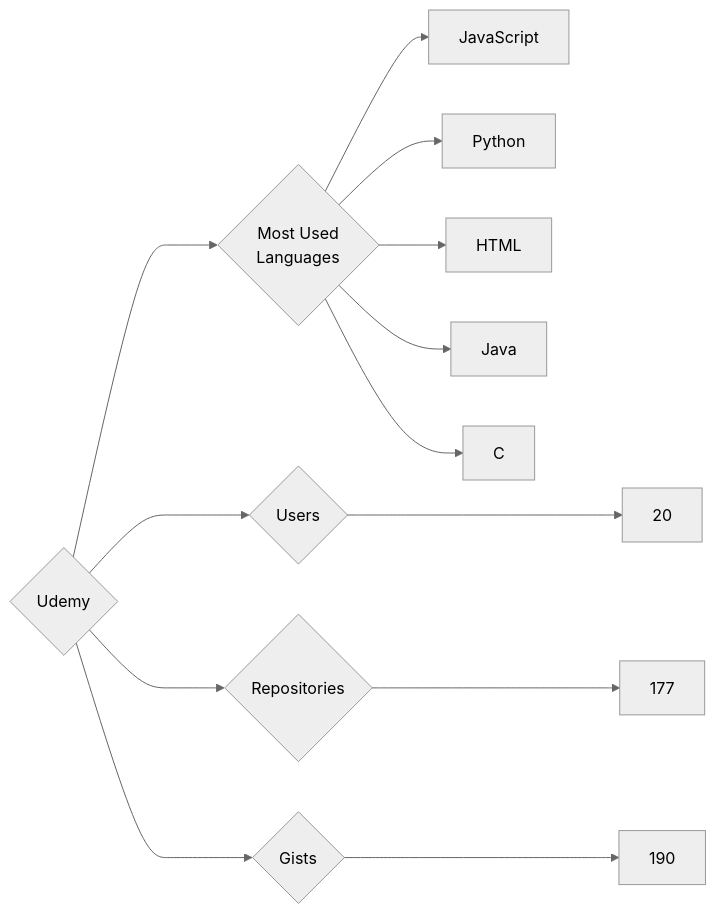
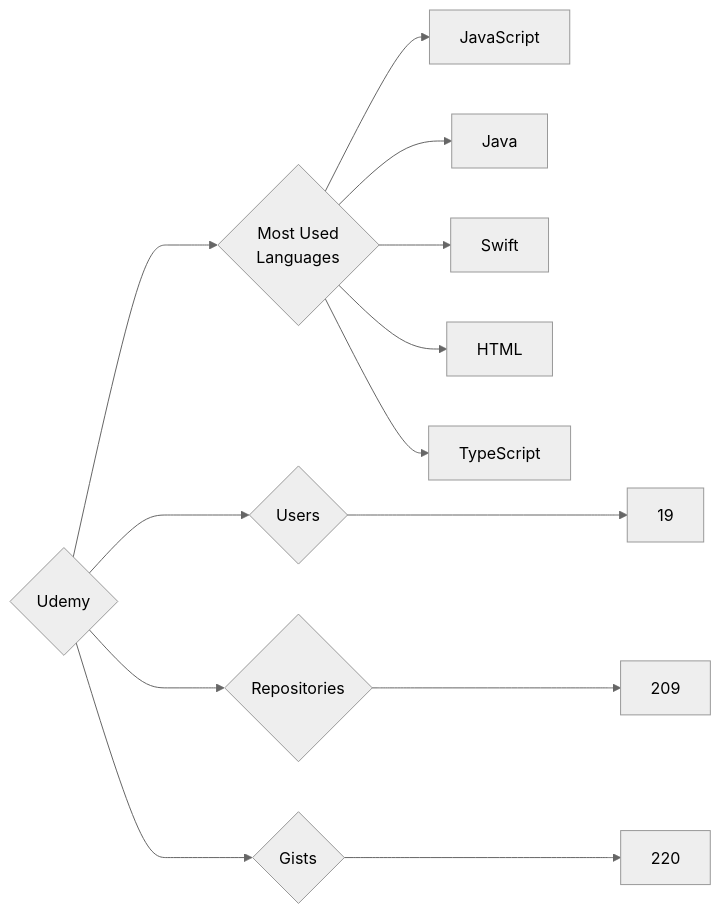
The diagram in targets/Udemy/README.md (trickest/insiders), drawn with Mermaid (neutral theme) before and after one commit. The commit also changed 815 other files, not shown here.

````diff
--- a/targets/Udemy/README.md
+++ b/targets/Udemy/README.md
@@ -3,13 +3,13 @@
 ```mermaid
 graph LR
 COMPANY_NAME{Udemy}
-COMPANY_NAME ---> U{Users} ---> UN[20]
-COMPANY_NAME ---> R{Repositories} ---> RN[177]
-COMPANY_NAME ---> G{Gists} ---> GN[190]
+COMPANY_NAME ---> U{Users} ---> UN[19]
+COMPANY_NAME ---> R{Repositories} ---> RN[209]
+COMPANY_NAME ---> G{Gists} ---> GN[220]
 COMPANY_NAME ---> ML{Most Used<br>Languages}
 ML --> JavaScript[JavaScript]
-ML --> Python[Python]
+ML --> Java[Java]
+ML --> Swift[Swift]
 ML --> HTML[HTML]
-ML --> Java[Java]
-ML --> C[C]
+ML --> TypeScript[TypeScript]
 ```
````
